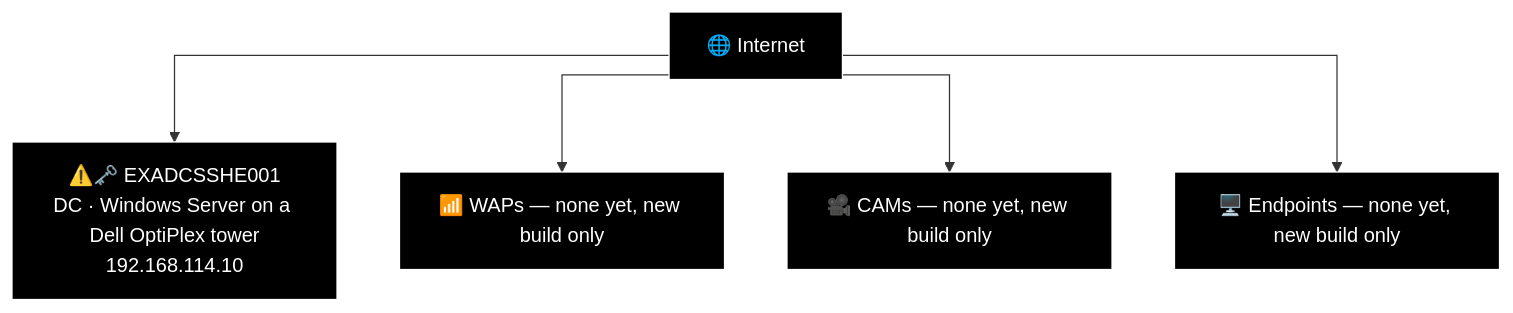
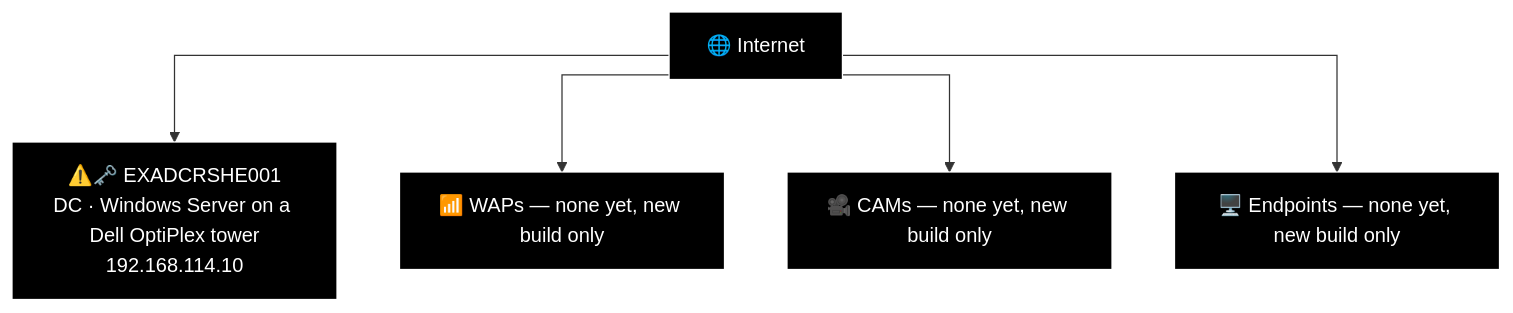
One commit to knightmare2600/example_music_infra changed diagram 16 of 27 in docs/network-diagram/england.md. Above: the diagram before and after it, drawn with Mermaid. The commit also changed other lines of this file and 8 other files, not shown here.

````diff
--- a/docs/network-diagram/england.md
+++ b/docs/network-diagram/england.md
@@ -826,20 +811,20 @@
 ```mermaid
 %%{init: {'flowchart': {'curve': 'stepAfter'}}}%%
 graph TD
     O_INET["🌐 Internet"]
-    O_DC["⚠️🗝️ EXADCSSHE001<br/>DC · Windows Server on a Dell OptiPlex tower<br/>192.168.114.10"]
+    O_DC["⚠️🗝️ EXADCRSHE001<br/>DC · Windows Server on a Dell OptiPlex tower<br/>192.168.114.10"]
     O_INET --> O_DC
 
     O_WAP["📶 WAPs — none yet, new build only"]
     O_CAM["🎥 CAMs — none yet, new build only"]
     O_EP["🖥️ Endpoints — none yet, new build only"]
     O_INET --> O_WAP
     O_INET --> O_CAM
     O_INET --> O_EP
 
     style O_INET fill:#000000,stroke:#FFFFFF,color:#FFFFFF
     style O_DC fill:#000000,stroke:#FFFFFF,color:#FFFFFF
     style O_WAP fill:#000000,stroke:#FFFFFF,color:#FFFFFF
     style O_CAM fill:#000000,stroke:#FFFFFF,color:#FFFFFF
     style O_EP fill:#000000,stroke:#FFFFFF,color:#FFFFFF
 ```
````
